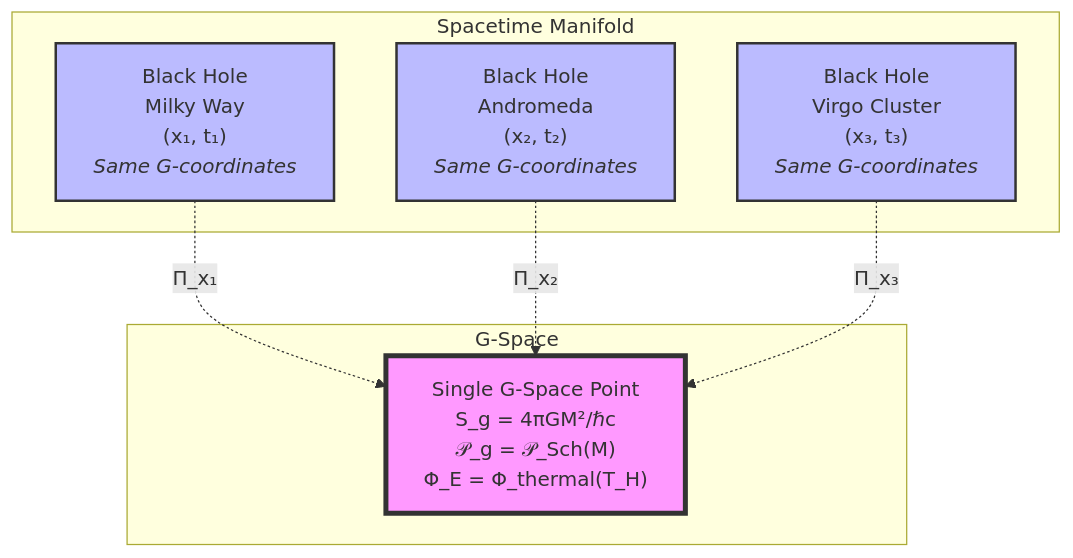
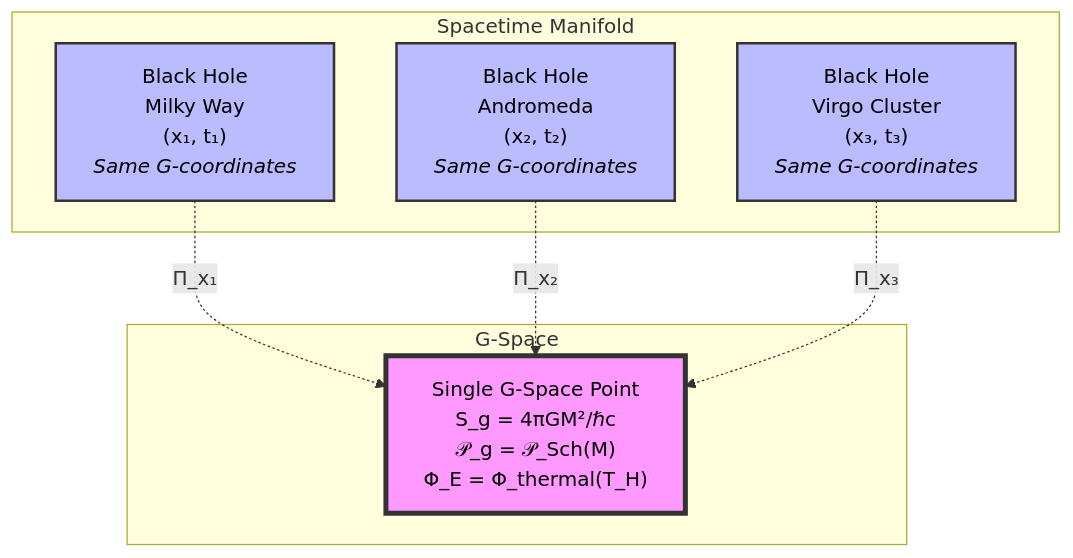
The diagram in README.md (2bigO/G-Space), drawn with Mermaid before and after one commit.

Commit message:
Make diagram text legible

````diff
--- a/README.md
+++ b/README.md
@@ -85,21 +85,21 @@
 ```mermaid
 graph TD
     subgraph "Spacetime Manifold"
         BH1["Black Hole<br/>Milky Way<br/>(x₁, t₁)<br/><i>Same G-coordinates</i>"]
         BH2["Black Hole<br/>Andromeda<br/>(x₂, t₂)<br/><i>Same G-coordinates</i>"]
         BH3["Black Hole<br/>Virgo Cluster<br/>(x₃, t₃)<br/><i>Same G-coordinates</i>"]
     end
     
     subgraph "G-Space"
         G["Single G-Space Point<br/>S_g = 4πGM²/ℏc<br/>𝒫_g = 𝒫_Sch(M)<br/>Φ_E = Φ_thermal(T_H)"]
     end
     
     BH1 -.->|"Π_x₁"| G
     BH2 -.->|"Π_x₂"| G
     BH3 -.->|"Π_x₃"| G
     
-    style G fill:#f9f,stroke:#333,stroke-width:4px
-    style BH1 fill:#bbf,stroke:#333,stroke-width:2px
-    style BH2 fill:#bbf,stroke:#333,stroke-width:2px
-    style BH3 fill:#bbf,stroke:#333,stroke-width:2px
+    style G fill:#f9f,stroke:#333,stroke-width:4px,color:#000
+    style BH1 fill:#bbf,stroke:#333,stroke-width:2px,color:#000
+    style BH2 fill:#bbf,stroke:#333,stroke-width:2px,color:#000
+    style BH3 fill:#bbf,stroke:#333,stroke-width:2px,color:#000
 ```
````
